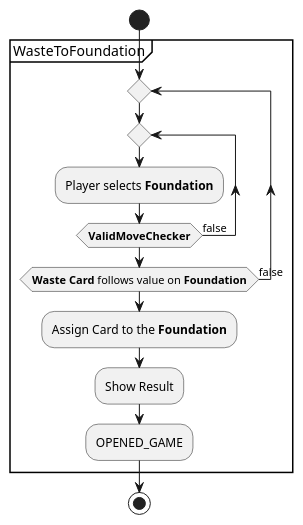
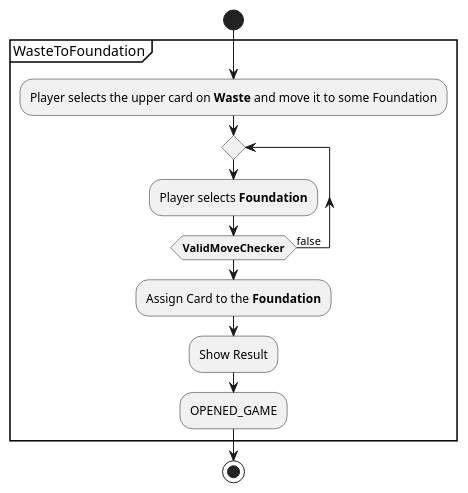
One commit to ciscoruiz/klondike changed the diagram in useCaseView/WasteToFoundation.puml. Above: the diagram before and after it, drawn with PlantUML.

Commit message:
Avoid double check while moving from Waste to Foundation

```diff
--- a/useCaseView/WasteToFoundation.puml
+++ b/useCaseView/WasteToFoundation.puml
@@ -1,20 +1,18 @@
 @startuml
 'https://plantuml.com/activity-diagram-beta
 
 start
 
 partition WasteToFoundation {
-
+:Player selects the upper card on **Waste** and move it to some Foundation;
 repeat
-   repeat
-      :Player selects **Foundation**;
-   repeat while (**ValidMoveChecker**) is (false)
-repeat while (**Waste Card** follows value on **Foundation**) is (false)
+   :Player selects **Foundation**;
+repeat while (**ValidMoveChecker**) is (false)
 :Assign Card to the **Foundation**;
 :Show Result;
 :OPENED_GAME;
 }
 
 stop
 
 @enduml
```
